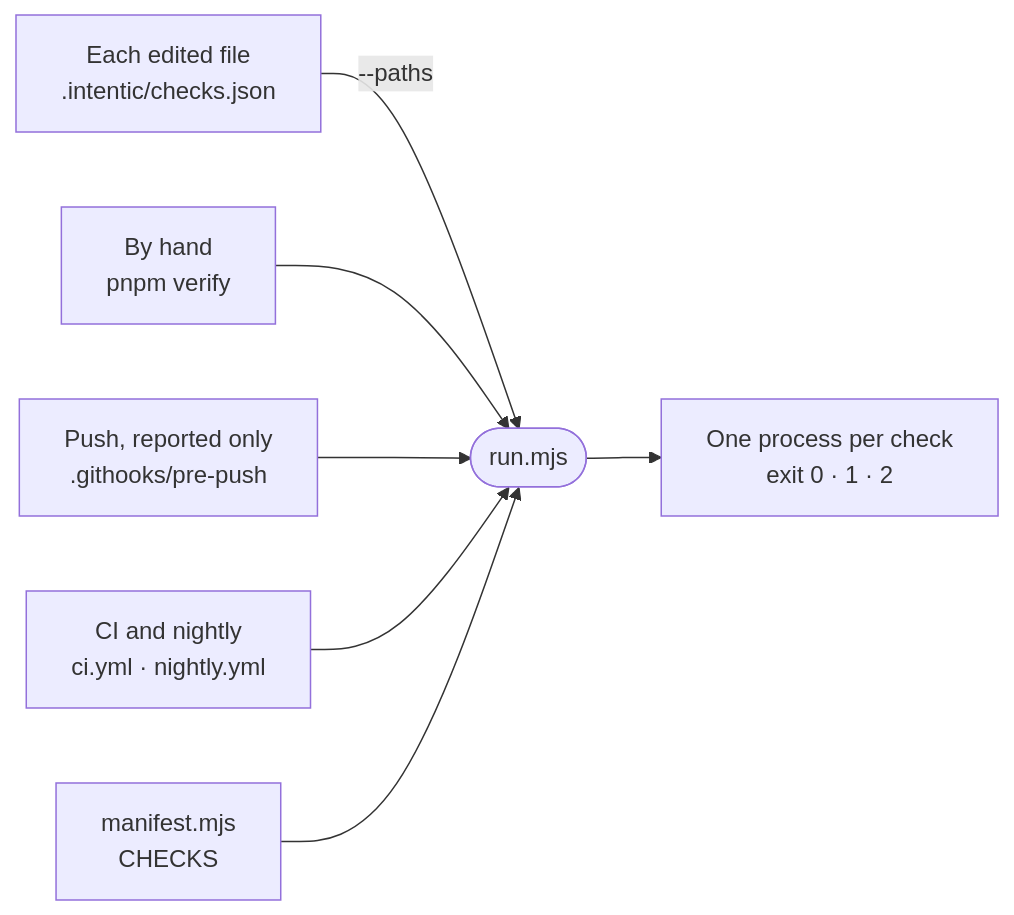
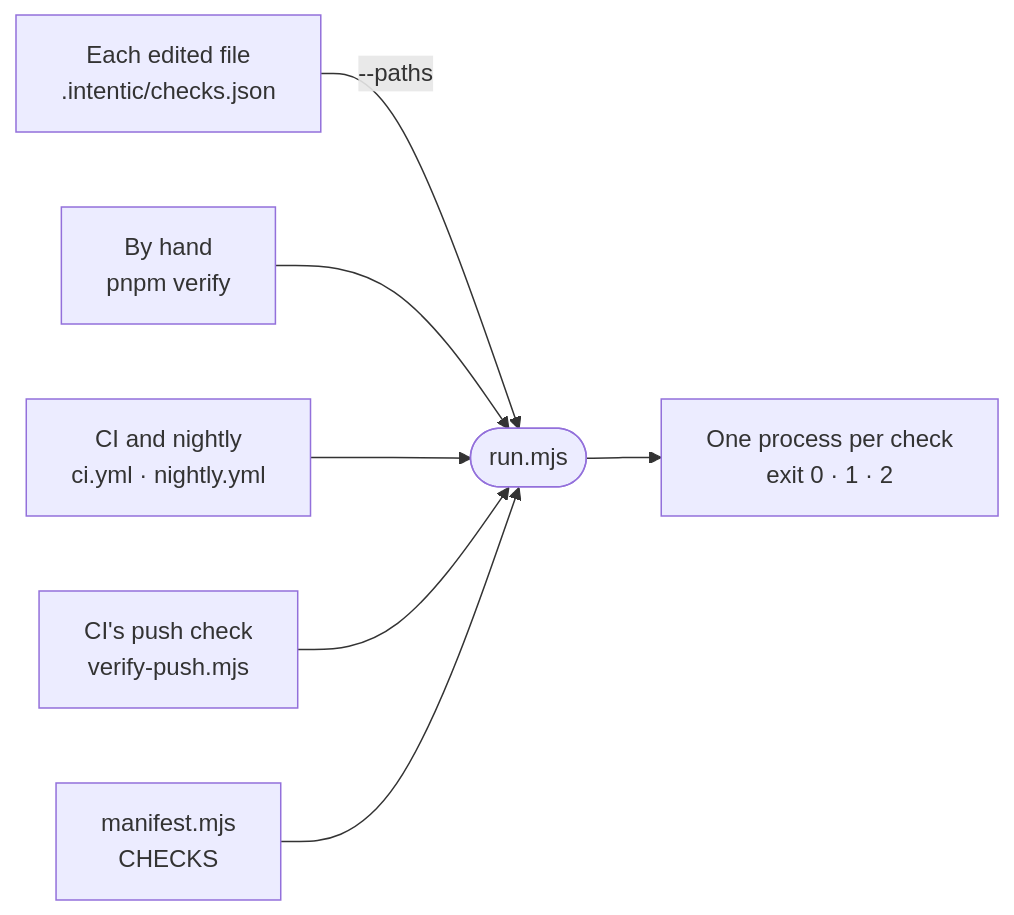
One commit to intentic/intentic changed the diagram in _tools/checks/README.md. Above: the diagram before and after it, drawn with Mermaid. The commit also changed other lines of this file and 136 other files, not shown here.

First line of the commit message:
feat(workspace)!: drop push-checks, pre-push hook and FindingSchema

````diff
--- a/_tools/checks/README.md
+++ b/_tools/checks/README.md
@@ -5,9 +5,9 @@
 ```mermaid
 flowchart LR
     edit["Each edited file<br/>.intentic/checks.json"] -->|"--paths"| run(["run.mjs"])
     verify["By hand<br/>pnpm verify"] --> run
-    push["Push, reported only<br/>.githooks/pre-push"] --> run
     ci["CI and nightly<br/>ci.yml · nightly.yml"] --> run
+    push["CI's push check<br/>verify-push.mjs"] --> run
     manifest["manifest.mjs<br/>CHECKS"] --> run
     run --> procs["One process per check<br/>exit 0 · 1 · 2"]
 ```
````
